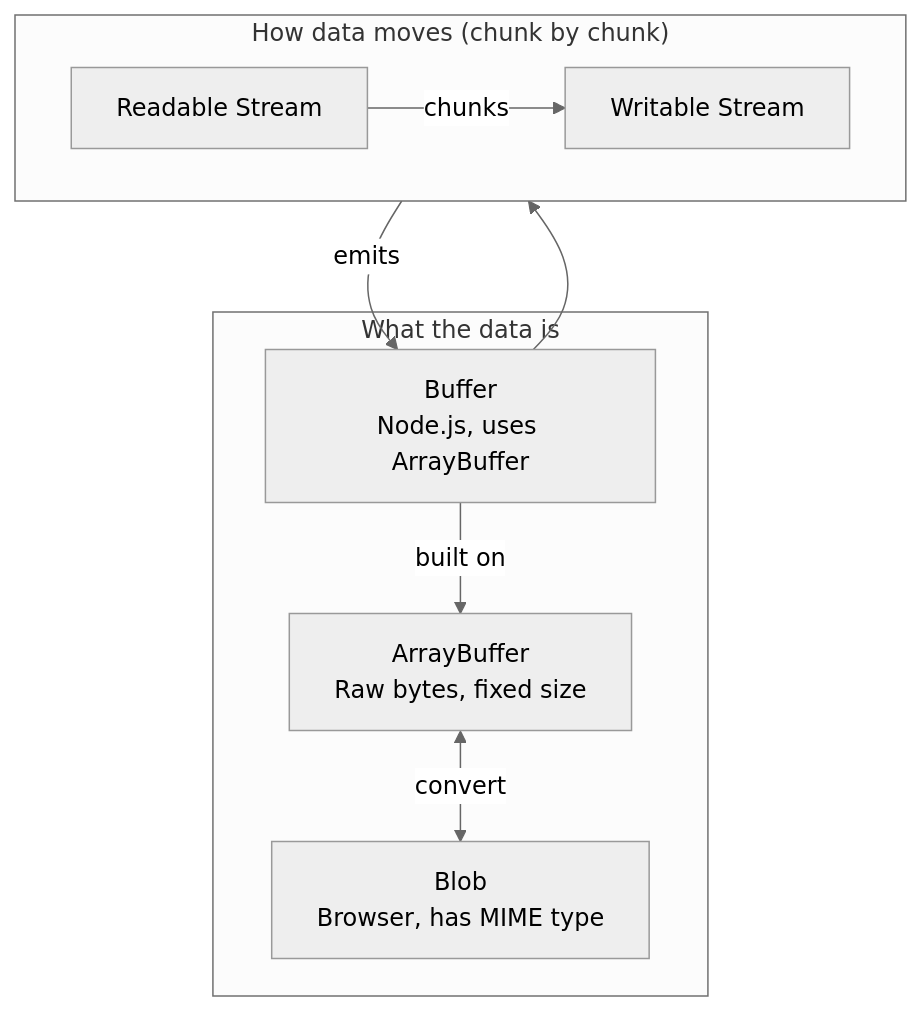
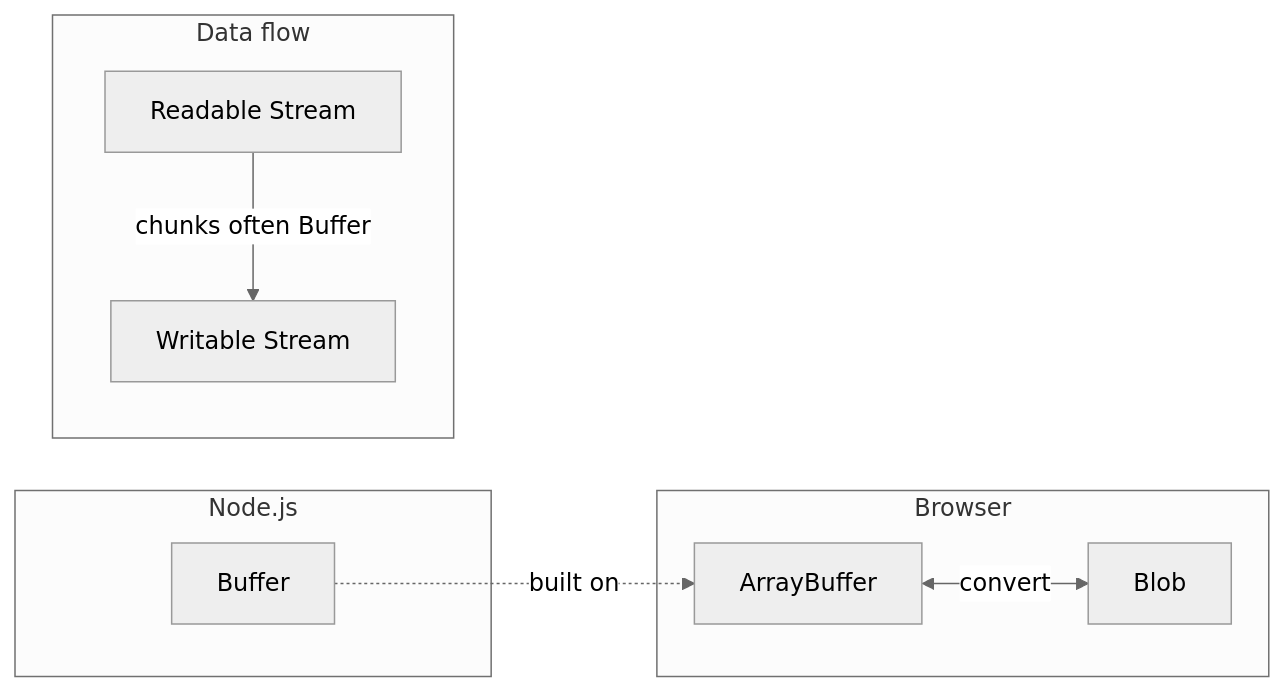
Before and after one commit to hkvongit/javascript-learning: the first of 5 diagrams in binary-data-handling/binary-data-handling.md, drawn with Mermaid (neutral theme). The commit also changed other lines of this file and 9 other files, not shown here.

Commit message:
Learned ArrayBuffer, DataView and getting a data from an arrayBuffer with a practical example

````diff
--- a/binary-data-handling/binary-data-handling.md
+++ b/binary-data-handling/binary-data-handling.md
@@ -5,20 +13,19 @@
 ```mermaid
-flowchart TB
-    subgraph flow["How data moves (chunk by chunk)"]
-        direction LR
+flowchart LR
+    subgraph browser["Browser"]
+        AB[ArrayBuffer]
+        BL[Blob]
+        AB <-->|convert| BL
+    end
+
+    subgraph node["Node.js"]
+        B[Buffer]
+        B -.->|built on| AB
+    end
+
+    subgraph flow["Data flow"]
         RS[Readable Stream]
         WS[Writable Stream]
-        RS -->|"chunks"| WS
+        RS -->|chunks often Buffer| WS
     end
-
-    subgraph data["What the data is"]
-        AB[ArrayBuffer<br/>Raw bytes, fixed size]
-        B[Buffer<br/>Node.js, uses ArrayBuffer]
-        BL[Blob<br/>Browser, has MIME type]
-    end
-
-    RS -->|emits| B
-    B -->|built on| AB
-    AB <-->|convert| BL
-    B --> WS
 ```
````
